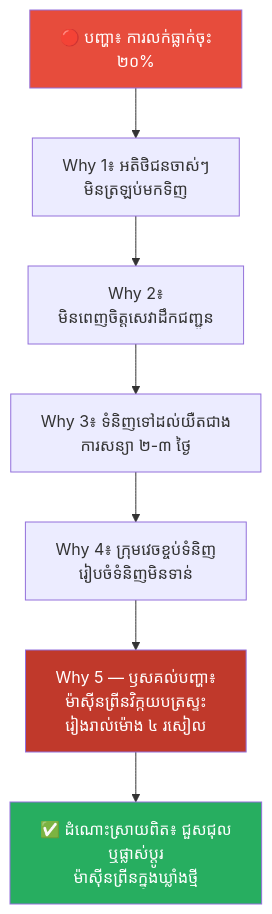
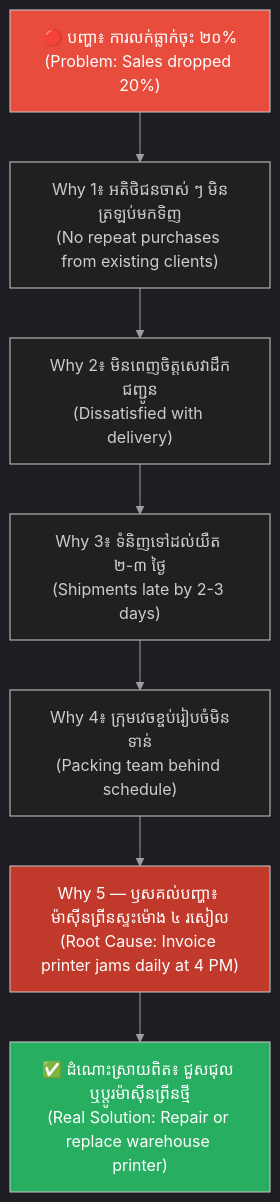
The fifth of 8 diagrams in feeds/concepts/articles/02-five-whys-technique.md (GuideStack/iblogger-feeds), drawn with Mermaid before and after one commit. The commit also changed other lines of this file, not shown here.

````diff
--- a/feeds/concepts/articles/02-five-whys-technique.md
+++ b/feeds/concepts/articles/02-five-whys-technique.md
@@ -224,13 +315,22 @@
 ```mermaid
+%%{init: {
+  'theme': 'dark',
+  'themeVariables': {
+    'background': '#1e1e1e',
+    'primaryTextColor': '#ffffff',
+    'lineColor': '#a0a0a0'
+  },
+  'themeCSS': 'svg { background-color: #1e1e1e !important; padding: 1rem !important; border-radius: 8px !important; } .edgeLabel rect { fill: #1e1e1e !important; } text, tspan { fill: #ffffff !important; }'
+}}%%
 graph TD
-    A["🔴 បញ្ហា៖ ការលក់ធ្លាក់ចុះ<br/>២០%"] --> B["Why 1៖ អតិថិជនចាស់ៗ<br/>មិនត្រឡប់មកទិញ"]
-    B --> C["Why 2៖<br/>មិនពេញចិត្តសេវាដឹកជញ្ជូន"]
-    C --> D["Why 3៖ ទំនិញទៅដល់យឺតជាង<br/>ការសន្យា ២-៣ ថ្ងៃ"]
-    D --> E["Why 4៖ ក្រុមវេចខ្ចប់ទំនិញ<br/>រៀបចំទំនិញមិនទាន់"]
-    E --> F["Why 5 — ឫសគល់បញ្ហា៖<br/>ម៉ាស៊ីនព្រីនវិក្កយបត្រស្ទះ<br/>រៀងរាល់ម៉ោង ៤ រសៀល"]
-    F --> G["✅ ដំណោះស្រាយពិត៖ ជួសជុល<br/>ឬផ្លាស់ប្តូរ<br/>ម៉ាស៊ីនព្រីនក្នុងឃ្លាំងថ្មី"]
+    A["🔴 បញ្ហា៖ ការលក់ធ្លាក់ចុះ ២០%<br/>(Problem: Sales dropped 20%)"] --> B["Why 1៖ អតិថិជនចាស់ ៗ មិនត្រឡប់មកទិញ<br/>(No repeat purchases from existing clients)"]
+    B --> C["Why 2៖ មិនពេញចិត្តសេវាដឹកជញ្ជូន<br/>(Dissatisfied with delivery)"]
+    C --> D["Why 3៖ ទំនិញទៅដល់យឺត ២-៣ ថ្ងៃ<br/>(Shipments late by 2-3 days)"]
+    D --> E["Why 4៖ ក្រុមវេចខ្ចប់រៀបចំមិនទាន់<br/>(Packing team behind schedule)"]
+    E --> F["Why 5 — ឫសគល់បញ្ហា៖ ម៉ាស៊ីនព្រីនស្ទះម៉ោង ៤ រសៀល<br/>(Root Cause: Invoice printer jams daily at 4 PM)"]
+    F --> G["✅ ដំណោះស្រាយពិត៖ ជួសជុល ឬប្តូរម៉ាស៊ីនព្រីនថ្មី<br/>(Real Solution: Repair or replace warehouse printer)"]
 
     style A fill:#e74c3c,color:#fff
     style F fill:#c0392b,color:#fff
     style G fill:#27ae60,color:#fff
 ```
````
